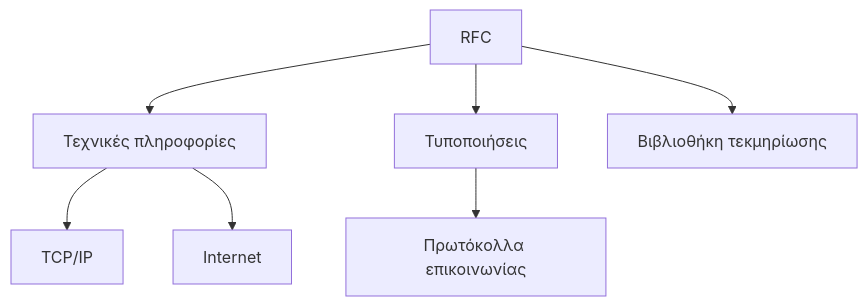
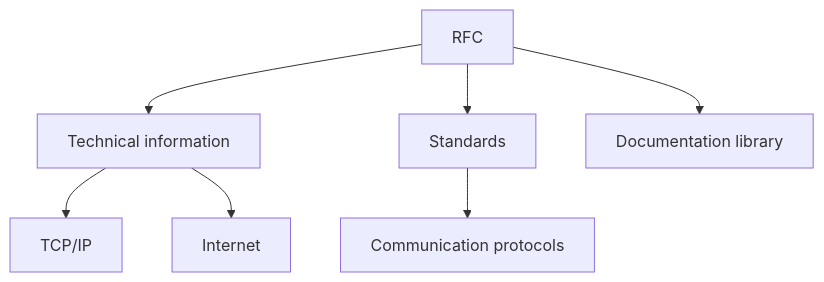
The third of 3 diagrams in Year_1/Semester_2/NETWORKING/Resources/Notes/1. Basic Elements of Computer Communication.md (PanagopoulosNikolaos/DitOpenNotes), drawn with Mermaid before and after one commit. The commit also changed other lines of this file and 61 other files, not shown here.

````diff
--- a/Year_1/Semester_2/NETWORKING/Resources/Notes/1. Basic Elements of Computer Communication.md
+++ b/Year_1/Semester_2/NETWORKING/Resources/Notes/1. Basic Elements of Computer Communication.md
@@ -80,9 +80,9 @@
 ```Mermaid
 graph TB
-    A[RFC] --> B[Τεχνικές πληροφορίες]
-    A --> C[Τυποποιήσεις]
-    A --> D[Βιβλιοθήκη τεκμηρίωσης]
+    A[RFC] --> B[Technical information]
+    A --> C[Standards]
+    A --> D[Documentation library]
     B --> E[TCP/IP]
     B --> F[Internet]
-    C --> G[Πρωτόκολλα επικοινωνίας]
+    C --> G[Communication protocols]
 ```
````
